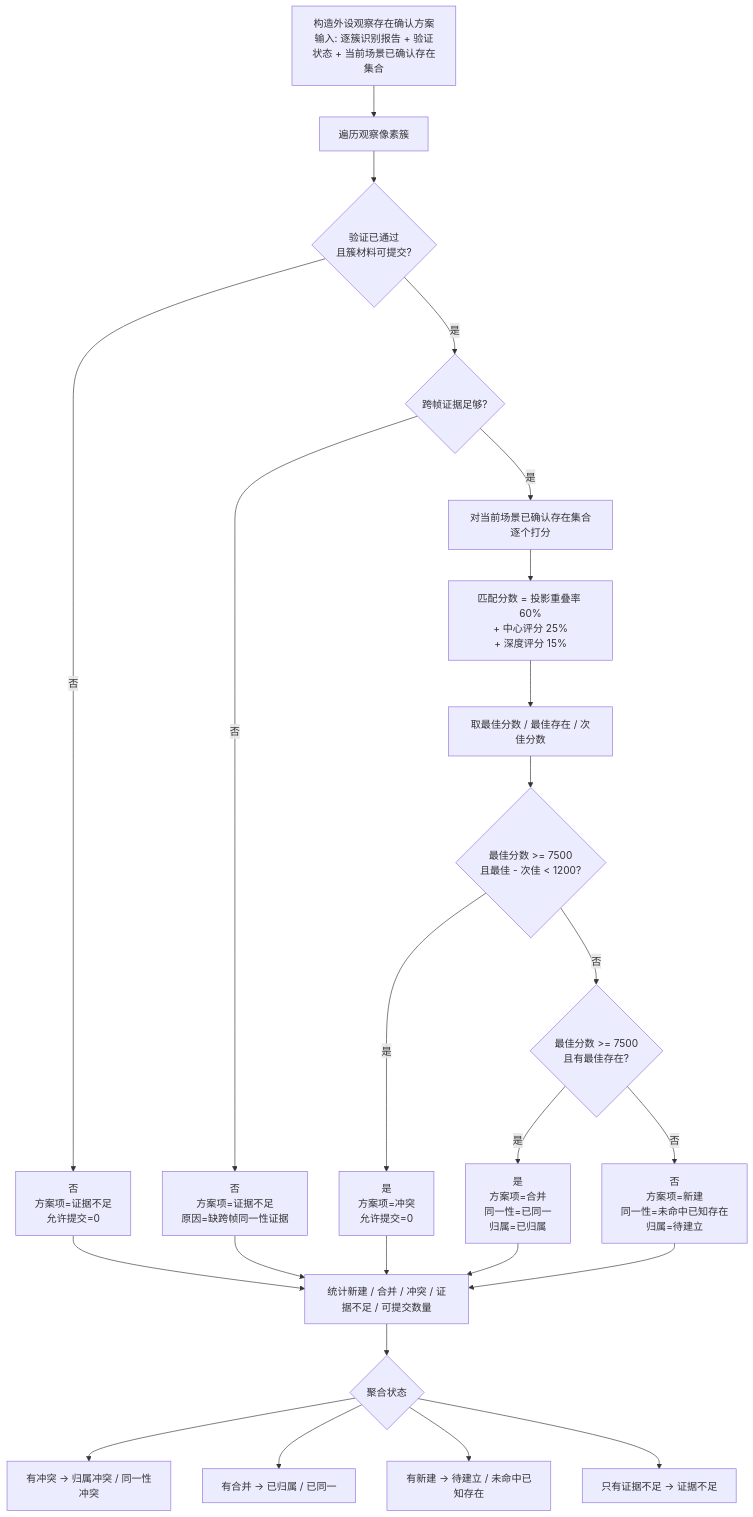
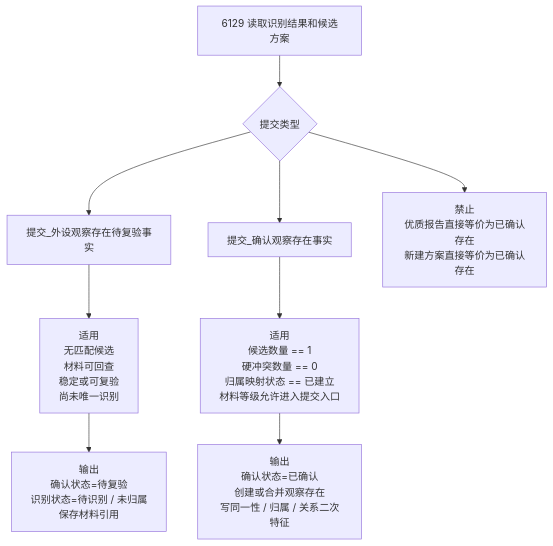
Before and after one commit to chunhaizh-cyber/Birthplace-of-digital-civilization: the sixth of 7 diagrams in 流程图/当前_本能方法_识别内部实现逻辑流程图.md, drawn with Mermaid. The commit also changed other lines of this file and 67 other files, not shown here.

````diff
--- a/流程图/当前_本能方法_识别内部实现逻辑流程图.md
+++ b/流程图/当前_本能方法_识别内部实现逻辑流程图.md
@@ -243,38 +297,17 @@
 ```mermaid
 flowchart TD
-    A["构造外设观察存在确认方案<br/>输入: 逐簇识别报告 + 验证状态 + 当前场景已确认存在集合"]
-    B["遍历观察像素簇"]
-    C{"验证已通过<br/>且簇材料可提交?"}
-    C0["否<br/>方案项=证据不足<br/>允许提交=0"]
-    D{"跨帧证据足够?"}
-    D0["否<br/>方案项=证据不足<br/>原因=缺跨帧同一性证据"]
-    E["对当前场景已确认存在集合逐个打分"]
-    F["匹配分数 = 投影重叠率 60%<br/>+ 中心评分 25%<br/>+ 深度评分 15%"]
-    G["取最佳分数 / 最佳存在 / 次佳分数"]
-    H{"最佳分数 >= 7500<br/>且最佳 - 次佳 < 1200?"}
-    H1["是<br/>方案项=冲突<br/>允许提交=0"]
-    I{"最佳分数 >= 7500<br/>且有最佳存在?"}
-    I1["是<br/>方案项=合并<br/>同一性=已同一<br/>归属=已归属"]
-    J["否<br/>方案项=新建<br/>同一性=未命中已知存在<br/>归属=待建立"]
-    K["统计新建 / 合并 / 冲突 / 证据不足 / 可提交数量"]
-    L{"聚合状态"}
-    L1["有冲突 -> 归属冲突 / 同一性冲突"]
-    L2["有合并 -> 已归属 / 已同一"]
-    L3["有新建 -> 待建立 / 未命中已知存在"]
-    L4["只有证据不足 -> 证据不足"]
+    A["6129 读取识别结果和候选方案"]
+    B{"提交类型"}
+    C["提交_外设观察存在待复验事实"]
+    C1["适用<br/>无匹配候选<br/>材料可回查<br/>稳定或可复验<br/>尚未唯一识别"]
+    C2["输出<br/>确认状态=待复验<br/>识别状态=待识别 / 未归属<br/>保存材料引用"]
+    D["提交_确认观察存在事实"]
+    D1["适用<br/>候选数量 == 1<br/>硬冲突数量 == 0<br/>归属映射状态 == 已建立<br/>材料等级允许进入提交入口"]
+    D2["输出<br/>确认状态=已确认<br/>创建或合并观察存在<br/>写同一性 / 归属 / 关系二次特征"]
+    E["禁止<br/>优质报告直接等价为已确认存在<br/>新建方案直接等价为已确认存在"]
 
-    A --> B --> C
-    C -->|"否"| C0 --> K
-    C -->|"是"| D
-    D -->|"否"| D0 --> K
-    D -->|"是"| E --> F --> G --> H
-    H -->|"是"| H1 --> K
-    H -->|"否"| I
-    I -->|"是"| I1 --> K
-    I -->|"否"| J --> K
-    K --> L
-    L --> L1
-    L --> L2
-    L --> L3
-    L --> L4
+    A --> B
+    B --> C --> C1 --> C2
+    B --> D --> D1 --> D2
+    B --> E
 ```
````
